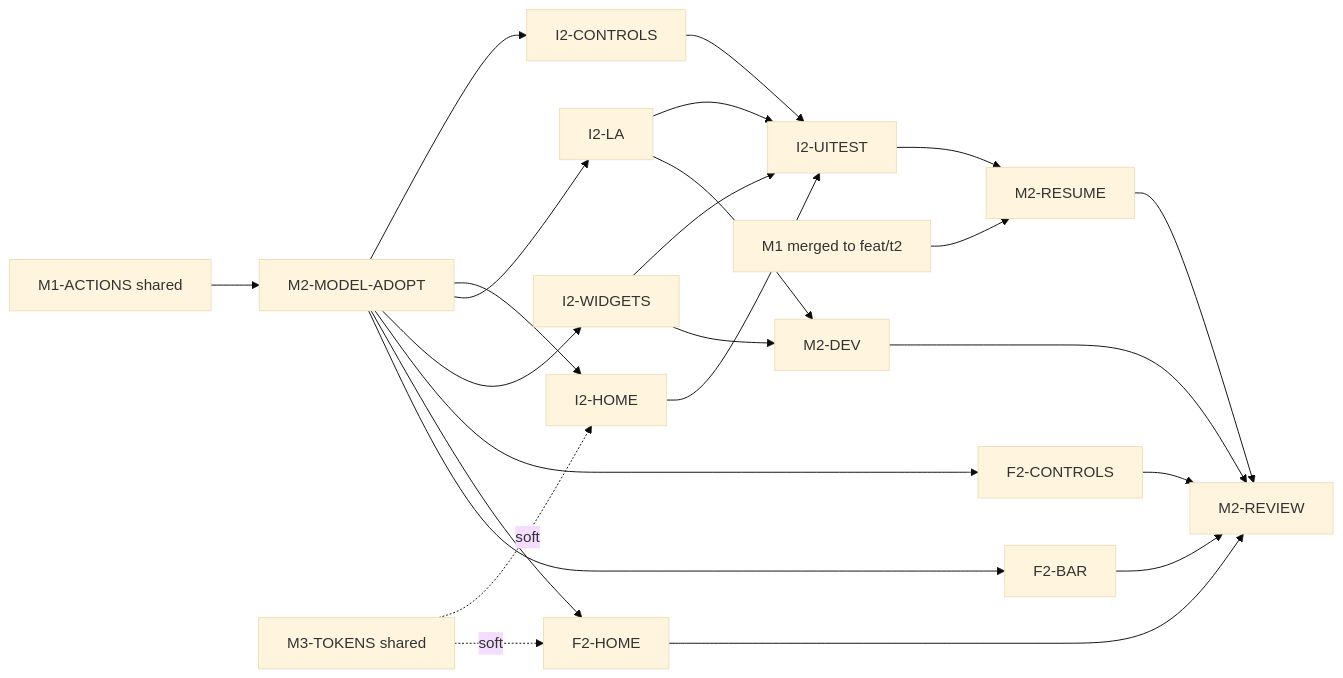
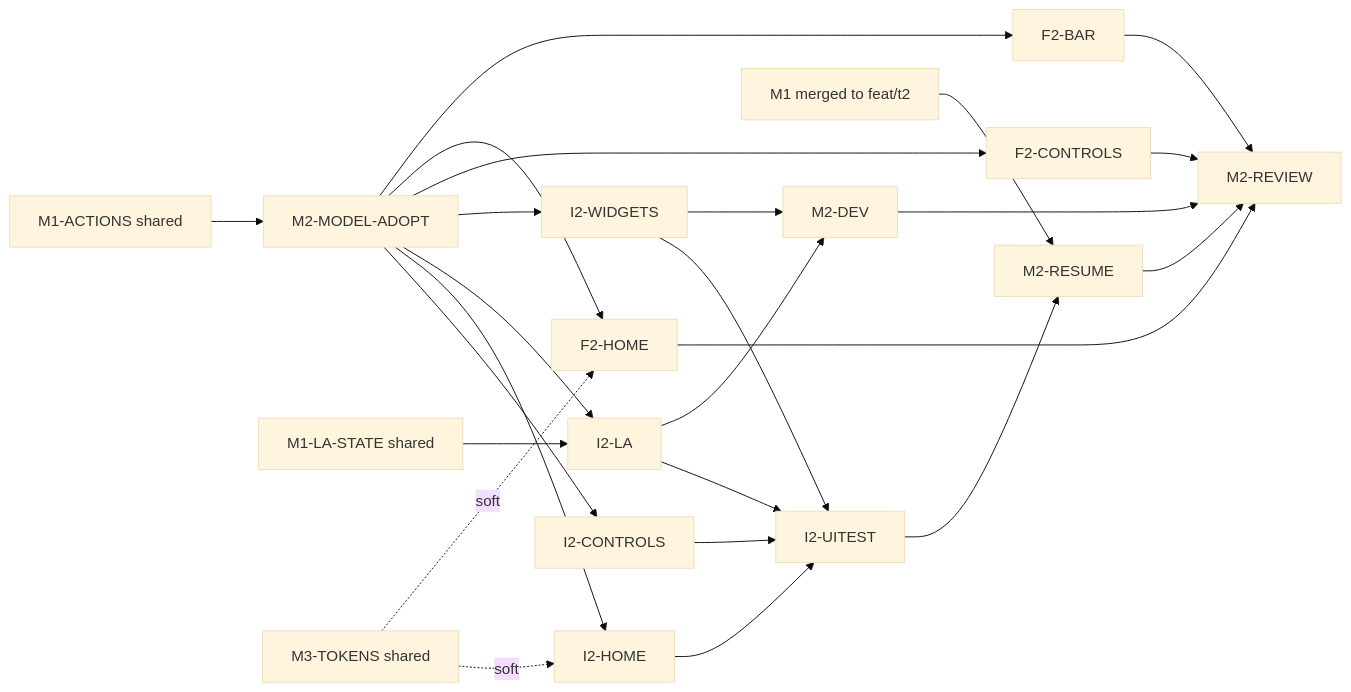
Before and after one commit to Richard-Lynch/quickr: the diagram in docs/t2/M2-plan.md, drawn with Mermaid (base theme). The commit also changed other lines of this file and 10 other files, not shown here.

````diff
--- a/docs/t2/M2-plan.md
+++ b/docs/t2/M2-plan.md
@@ -294,26 +306,27 @@
 ```mermaid
 flowchart LR
   ACT[M1-ACTIONS shared] --> ADOPT[M2-MODEL-ADOPT]
   ADOPT --> ICTRL[I2-CONTROLS]
   ADOPT --> IHOME[I2-HOME]
   ADOPT --> ILA[I2-LA]
+  LAS[M1-LA-STATE shared] --> ILA
   ADOPT --> IWID[I2-WIDGETS]
   TOK[M3-TOKENS shared] -.soft.-> IHOME
   TOK -.soft.-> FHOME
   ICTRL --> UIT[I2-UITEST]
   IHOME --> UIT
   ILA --> UIT
   IWID --> UIT
   UIT --> RES[M2-RESUME]
   M1[M1 merged to feat/t2] --> RES
   ADOPT --> FCTRL[F2-CONTROLS]
   ADOPT --> FHOME[F2-HOME]
   ADOPT --> FBAR[F2-BAR]
   ILA --> DEV[M2-DEV]
   IWID --> DEV
   RES --> REV[M2-REVIEW]
   FCTRL --> REV
   FHOME --> REV
   FBAR --> REV
   DEV --> REV
 ```
````
